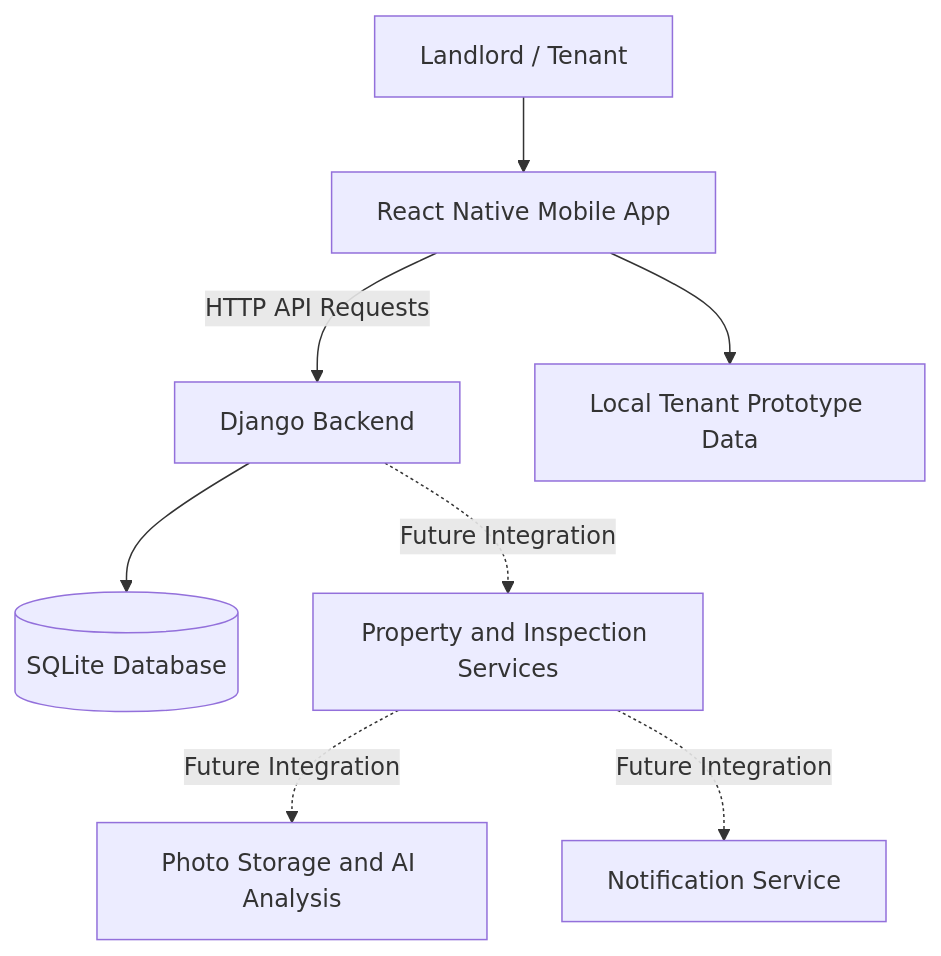
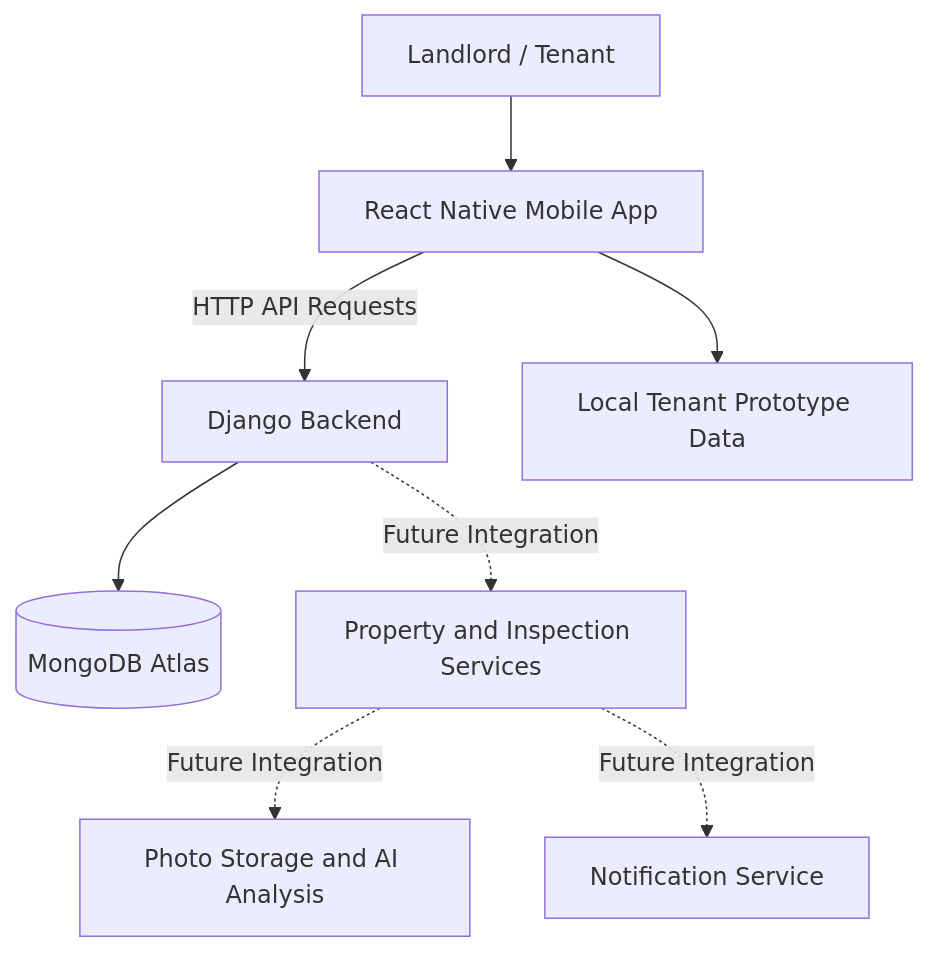
One commit to jaskaranbhogal/LeaseGuard changed the diagram in README.md. Above: the diagram before and after it, drawn with Mermaid. The commit also changed other lines of this file and 2 other files, not shown here.

Commit message:
docs: document MongoDB Atlas setup

````diff
--- a/README.md
+++ b/README.md
@@ -305,10 +309,10 @@
 ```mermaid
 flowchart TD
     A[Landlord / Tenant] --> B[React Native Mobile App]
     B -->|HTTP API Requests| C[Django Backend]
-    C --> D[(SQLite Database)]
+    C --> D[(MongoDB Atlas)]
     B --> E[Local Tenant Prototype Data]
     C -. Future Integration .-> F[Property and Inspection Services]
     F -. Future Integration .-> G[Photo Storage and AI Analysis]
     F -. Future Integration .-> H[Notification Service]
 ```
````
